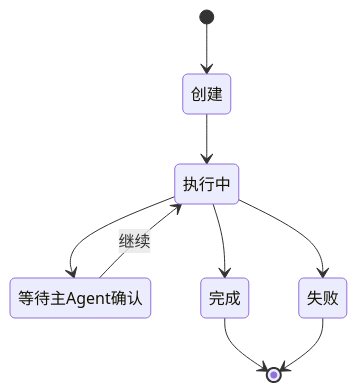
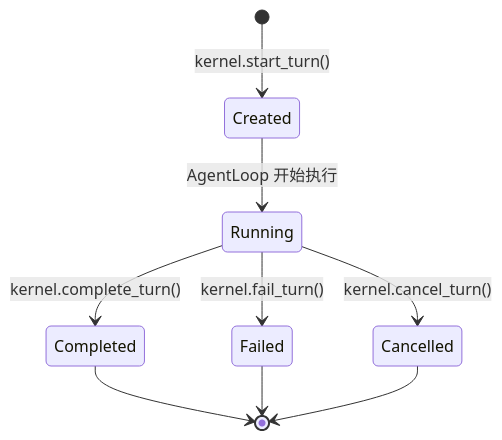
Before and after one commit to chongyi/virtual-team-architecture: the third of 3 diagrams in virtual-team/src/08-vte-agent-internals/agent-architecture.md, drawn with Mermaid. The commit also changed other lines of this file and 21 other files, not shown here.

````diff
--- a/virtual-team/src/08-vte-agent-internals/agent-architecture.md
+++ b/virtual-team/src/08-vte-agent-internals/agent-architecture.md
@@ -181,11 +100,11 @@
 ```mermaid
 stateDiagram-v2
-    [*] --> 创建
-    创建 --> 执行中
-    执行中 --> 等待主Agent确认
-    等待主Agent确认 --> 执行中 : 继续
-    执行中 --> 完成
-    执行中 --> 失败
-    完成 --> [*]
-    失败 --> [*]
+    [*] --> Created : kernel.start_turn()
+    Created --> Running : AgentLoop 开始执行
+    Running --> Completed : kernel.complete_turn()
+    Running --> Failed : kernel.fail_turn()
+    Running --> Cancelled : kernel.cancel_turn()
+    Completed --> [*]
+    Failed --> [*]
+    Cancelled --> [*]
 ```
````
